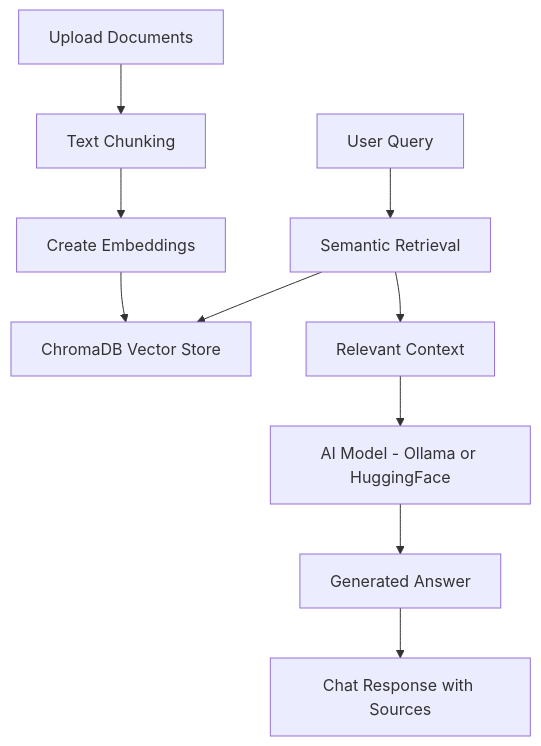
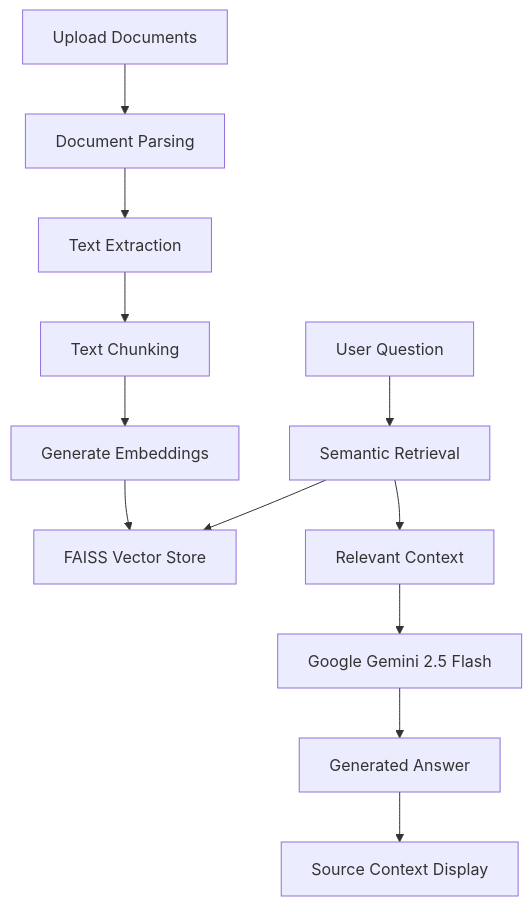
Before and after one commit to tfregixx/ChatDocAI-RAG-based-AI-Document-Assistant-: the diagram in README.md, drawn with Mermaid. The commit also changed other lines of this file, not shown here.

````diff
--- a/README.md
+++ b/README.md
@@ -80,16 +170,28 @@
-```mermaid
-flowchart TD
+```mermaid 
+flowchart TD 
 
-    A[Upload Documents] --> B[Text Chunking]
-    B --> C[Create Embeddings]
-    C --> D[ChromaDB Vector Store]
+A[Upload Documents] 
+--> B[Document Parsing] 
 
-    E[User Query] --> F[Semantic Retrieval]
-    F --> D
-    F --> G[Relevant Context]
+B --> C[Text Extraction] 
 
-    G --> H[AI Model - Ollama or HuggingFace]
-    H --> I[Generated Answer]
+C --> D[Text Chunking] 
 
-    I --> J[Chat Response with Sources]
+D --> E[Generate Embeddings] 
+
+E --> F[FAISS Vector Store] 
+
+G[User Question] 
+--> H[Semantic Retrieval] 
+
+H --> F 
+
+H --> I[Relevant Context] 
+
+I --> J[Google Gemini 2.5 Flash] 
+
+J --> K[Generated Answer] 
+
+K --> L[Source Context Display]
+
 ```
````
